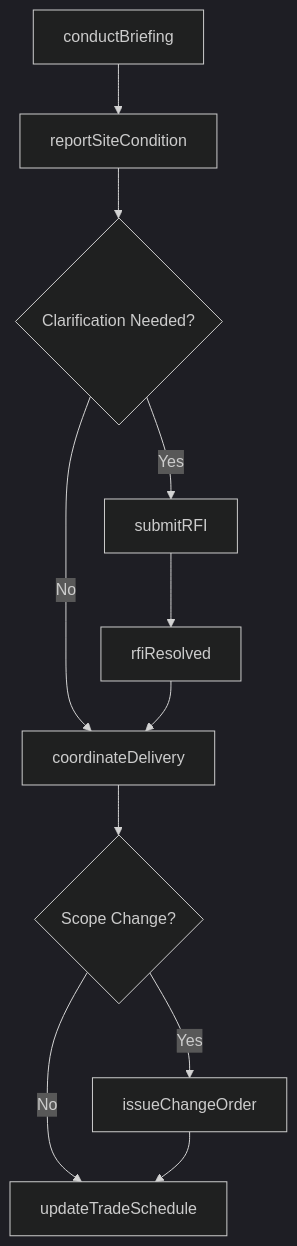
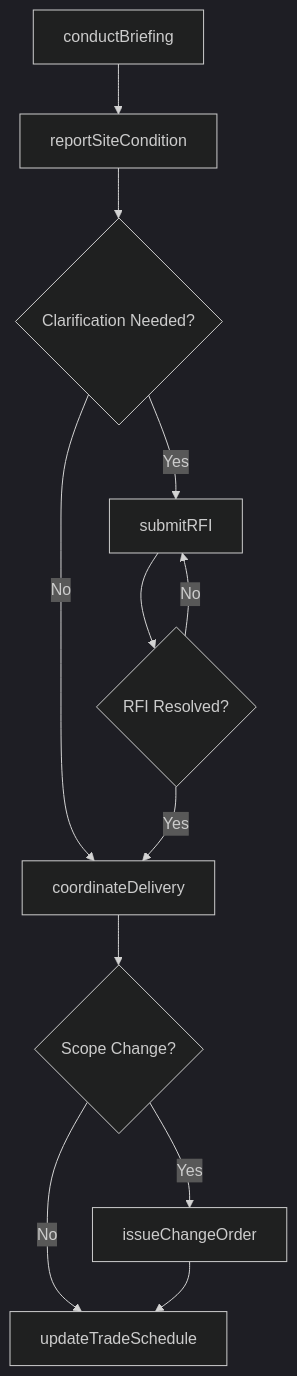
The third of 4 diagrams in CommunicatingWithSupervisorsPeersOrSubordinates/CommunicateWithOthersAboutOperationalPlansOrActivities/CommunicateConstructionExtractionPersonnelDiscuss.mdx (dot-org-ai/tasks.org.ai), drawn with Mermaid (dark theme) before and after one commit. The commit also changed other lines of this file and 266 other files, not shown here.

First line of the commit message:
feat: Add ER diagrams, state diagrams to wave 2 batch (251 DWA files)

````diff
--- a/CommunicatingWithSupervisorsPeersOrSubordinates/CommunicateWithOthersAboutOperationalPlansOrActivities/CommunicateConstructionExtractionPersonnelDiscuss.mdx
+++ b/CommunicatingWithSupervisorsPeersOrSubordinates/CommunicateWithOthersAboutOperationalPlansOrActivities/CommunicateConstructionExtractionPersonnelDiscuss.mdx
@@ -85,13 +113,14 @@
 ```mermaid
 graph TD
     A[conductBriefing] --> B[reportSiteCondition]
     B --> C{Clarification Needed?}
     C -->|Yes| D[submitRFI]
     C -->|No| E[coordinateDelivery]
-    D --> F[rfiResolved]
-    F --> E
+    D --> F{RFI Resolved?}
+    F -->|Yes| E
+    F -->|No| D
     E --> G{Scope Change?}
     G -->|Yes| H[issueChangeOrder]
     G -->|No| I[updateTradeSchedule]
     H --> I
 ```
````
